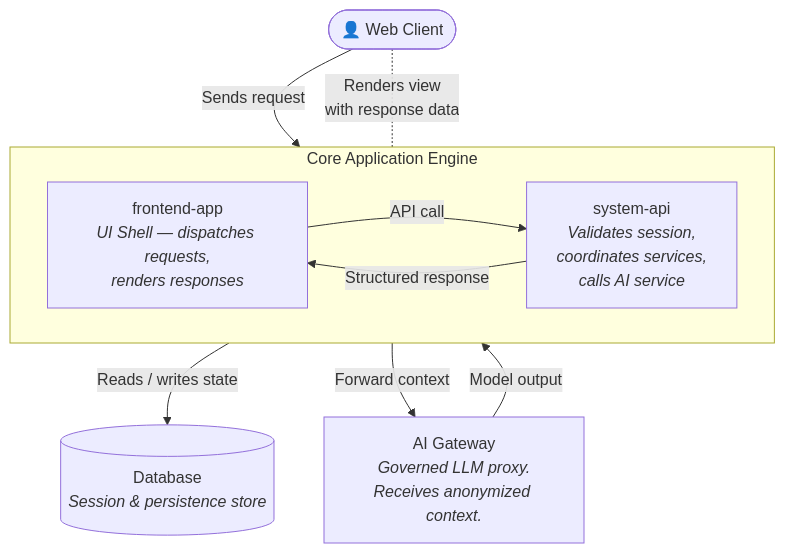
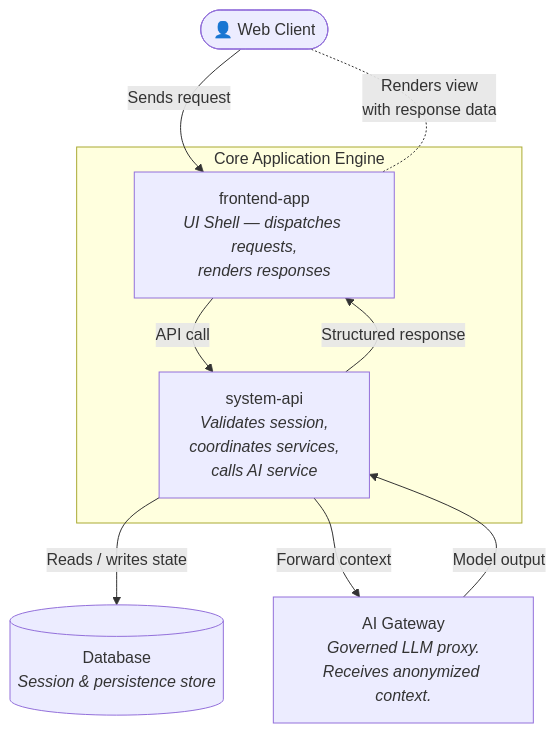
Before and after one commit to eserlan/mermaider: the diagram in demo.mmd, drawn with Mermaid. The commit also changed 4 other files, not shown here.

```diff
--- a/demo.mmd
+++ b/demo.mmd
@@ -1,19 +1,18 @@
 flowchart TB
   CLIENT(["👤 Web Client"])
 
   subgraph ENGINE["Core Application Engine"]
-    direction LR
     FE["frontend-app<br/><i>UI Shell — dispatches requests,<br/>renders responses</i>"]
     API["system-api<br/><i>Validates session,<br/>coordinates services,<br/>calls AI service</i>"]
   end
 
   CLIENT -->|"Sends request"| FE
   DB[("Database<br/><i>Session & persistence store</i>")]
   AI["AI Gateway<br/><i>Governed LLM proxy.<br/>Receives anonymized context.</i>"]
 
   FE -->|"API call"| API
   API -->|"Reads / writes state"| DB
   API -->|"Forward context"| AI
   AI -->|"Model output"| API
   API -->|"Structured response"| FE
   CLIENT <-.-|"Renders view<br/>with response data"| FE
```
